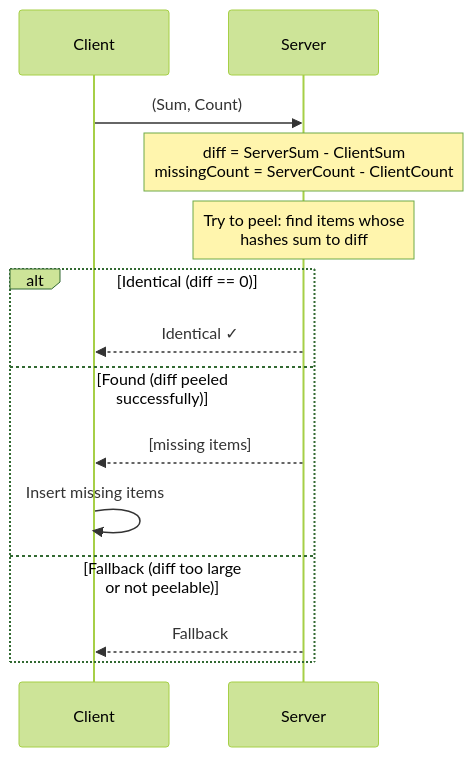
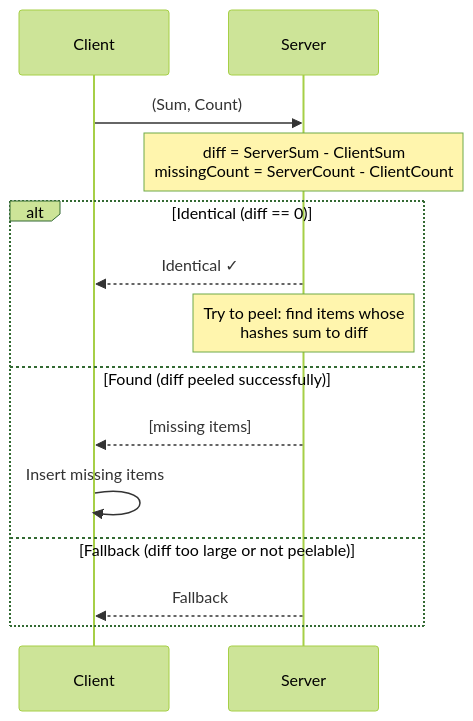
The first of 7 diagrams in SetSum/Sync/README.md (arj03/setsum-cs), drawn with Mermaid (forest theme) before and after one commit. The commit also changed other lines of this file and 4 other files, not shown here.

````diff
--- a/SetSum/Sync/README.md
+++ b/SetSum/Sync/README.md
@@ -37,17 +37,17 @@
 ```mermaid
 sequenceDiagram
     participant C as Client
     participant S as Server
 
     C->>S: (Sum, Count)
     Note over S: diff = ServerSum - ClientSum<br/>missingCount = ServerCount - ClientCount
-    Note over S: Try to peel: find items whose<br/>hashes sum to diff
     alt Identical (diff == 0)
         S-->>C: Identical ✓
+    Note over S: Try to peel: find items whose<br/>hashes sum to diff
     else Found (diff peeled successfully)
         S-->>C: [missing items]
         C->>C: Insert missing items
     else Fallback (diff too large or not peelable)
         S-->>C: Fallback
     end
 ```
````
